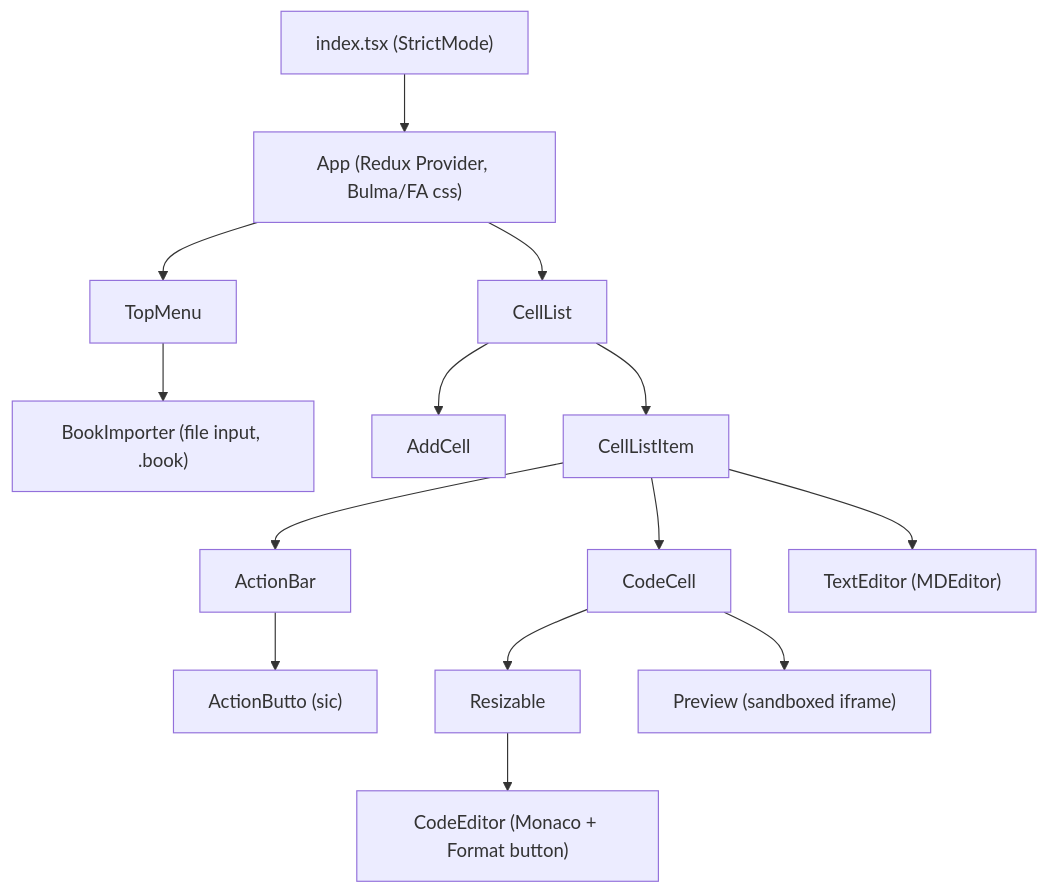
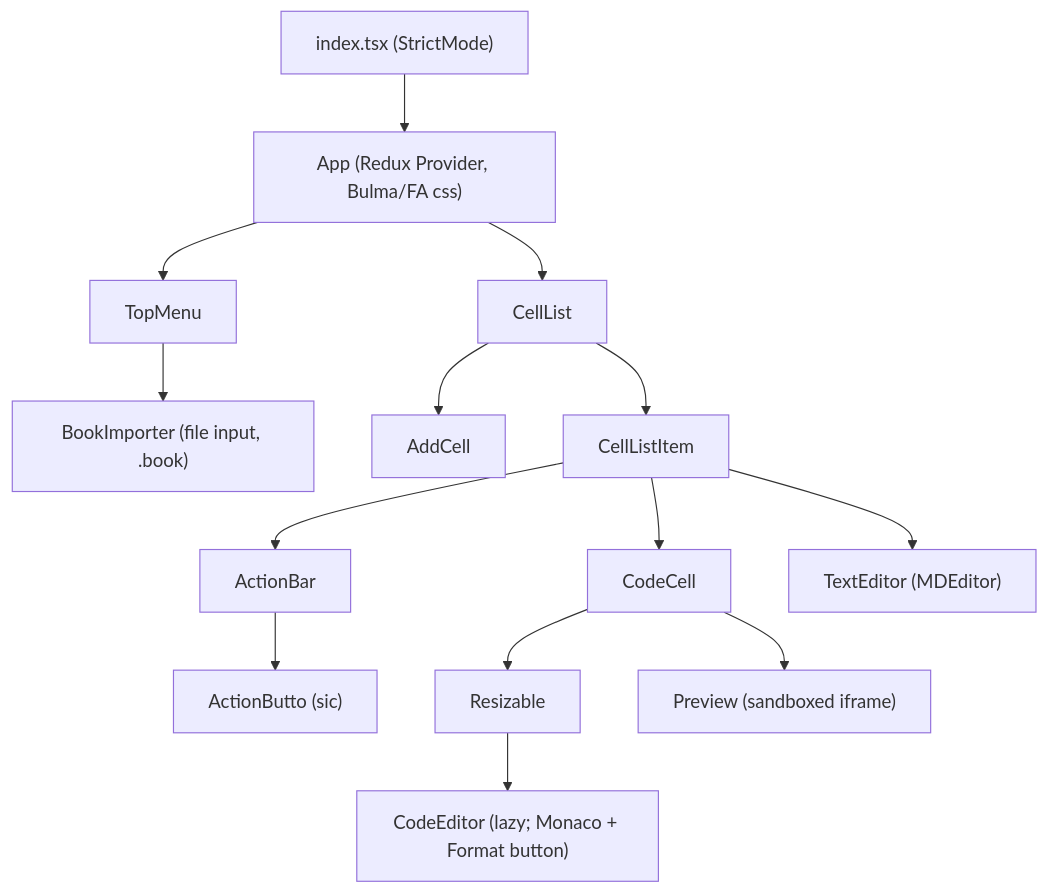
One commit to AnthonyFlowers/js-browser changed the first of 3 diagrams in docs/architecture.md. Above: the diagram before and after it, drawn with Mermaid. The commit also changed other lines of this file and 4 other files, not shown here.

````diff
--- a/docs/architecture.md
+++ b/docs/architecture.md
@@ -14,15 +14,15 @@
 ```mermaid
 graph TD
   index["index.tsx (StrictMode)"] --> App
   App["App (Redux Provider, Bulma/FA css)"] --> TopMenu
   App --> CellList
   TopMenu --> BookImporter["BookImporter (file input, .book)"]
   CellList --> AddCell
   CellList --> CellListItem
   CellListItem --> ActionBar --> ActionButto["ActionButto (sic)"]
   CellListItem --> CodeCell
   CellListItem --> TextEditor["TextEditor (MDEditor)"]
   CodeCell --> Resizable
-  Resizable --> CodeEditor["CodeEditor (Monaco + Format button)"]
+  Resizable --> CodeEditor["CodeEditor (lazy; Monaco + Format button)"]
   CodeCell --> Preview["Preview (sandboxed iframe)"]
 ```
````
